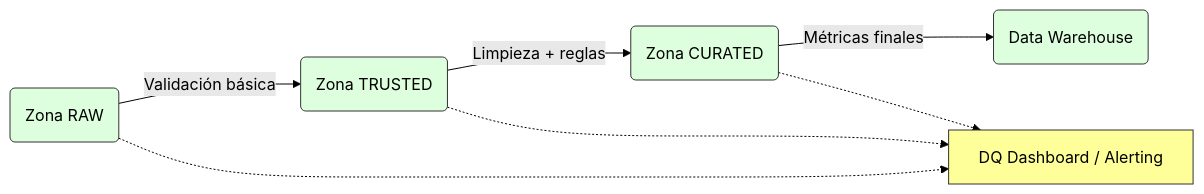
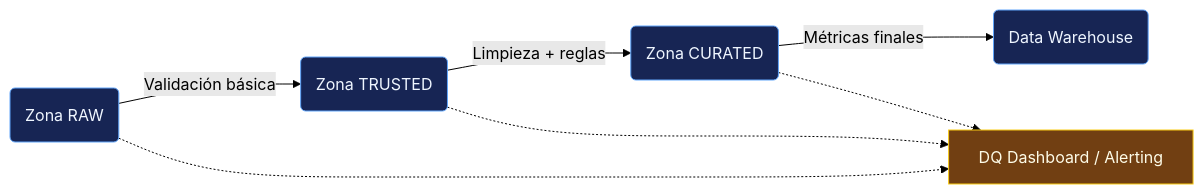
Before and after one commit to git-jrm/data-architecture-dimensional-modeling: the third of 4 diagrams in README.md, drawn with Mermaid (forest theme).

Commit message:
Change colors for almacen and dashboard classes
Updated class definitions for diagram colors in README.

````diff
--- a/README.md
+++ b/README.md
@@ -159,23 +159,22 @@
 ```mermaid
 graph LR;
-    classDef calidad fill:#fdf,stroke:#333,stroke-width:1px;
-    classDef almacen fill:#dfd,stroke:#333,stroke-width:1px;
-    classDef dashboard fill:#ff9,stroke:#333,stroke-width:1px;
+    classDef almacen fill:#172554,stroke:#60a5fa,stroke-width:1px,color:#eff6ff;
+    classDef dashboard fill:#713f12,stroke:#facc15,stroke-width:1px,color:#fefce8;
 
     RAW("Zona RAW")
     TRUSTED("Zona TRUSTED")
     CURATED("Zona CURATED")
     DataWarehouse("Data Warehouse")
     DQ_Dashboard["DQ Dashboard / Alerting"]
 
     RAW -->|Validación básica| TRUSTED
     TRUSTED -->|Limpieza + reglas| CURATED
     CURATED -->|Métricas finales| DataWarehouse
 
     RAW -.-> DQ_Dashboard
     TRUSTED -.-> DQ_Dashboard
     CURATED -.-> DQ_Dashboard
 
     class RAW,TRUSTED,CURATED,DataWarehouse almacen;
     class DQ_Dashboard dashboard;
 ```
````
